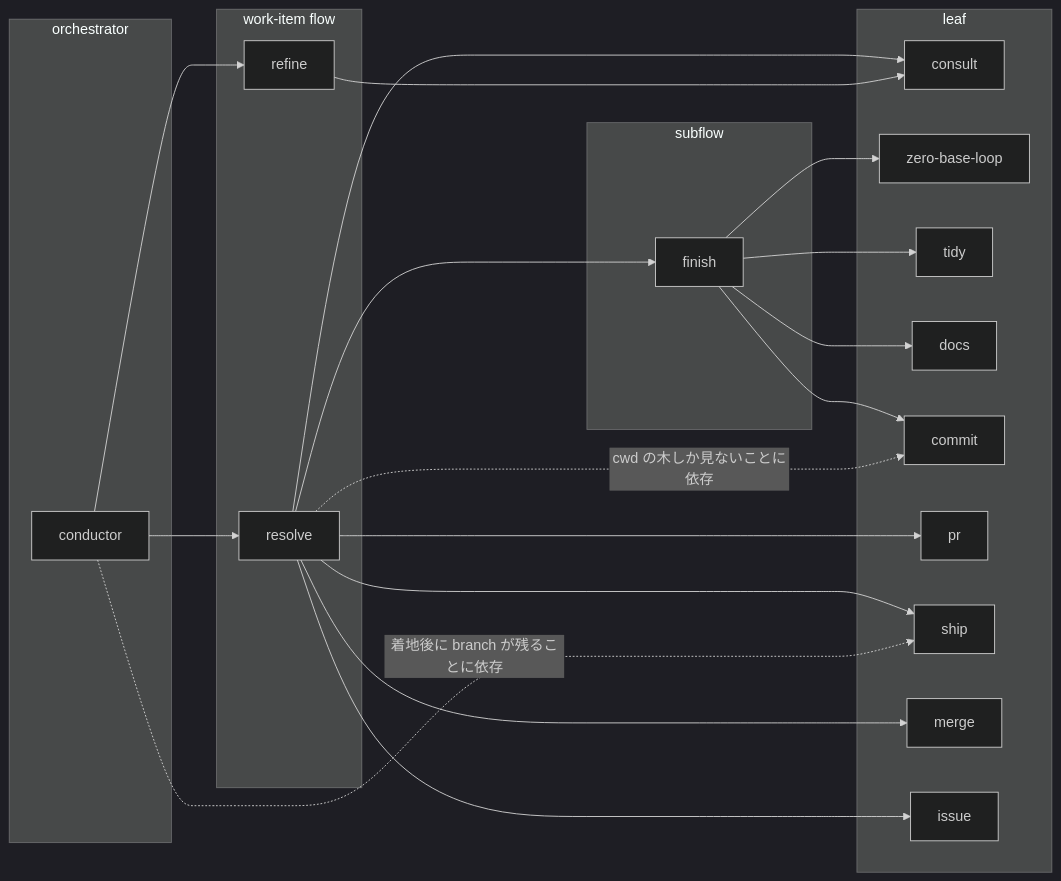
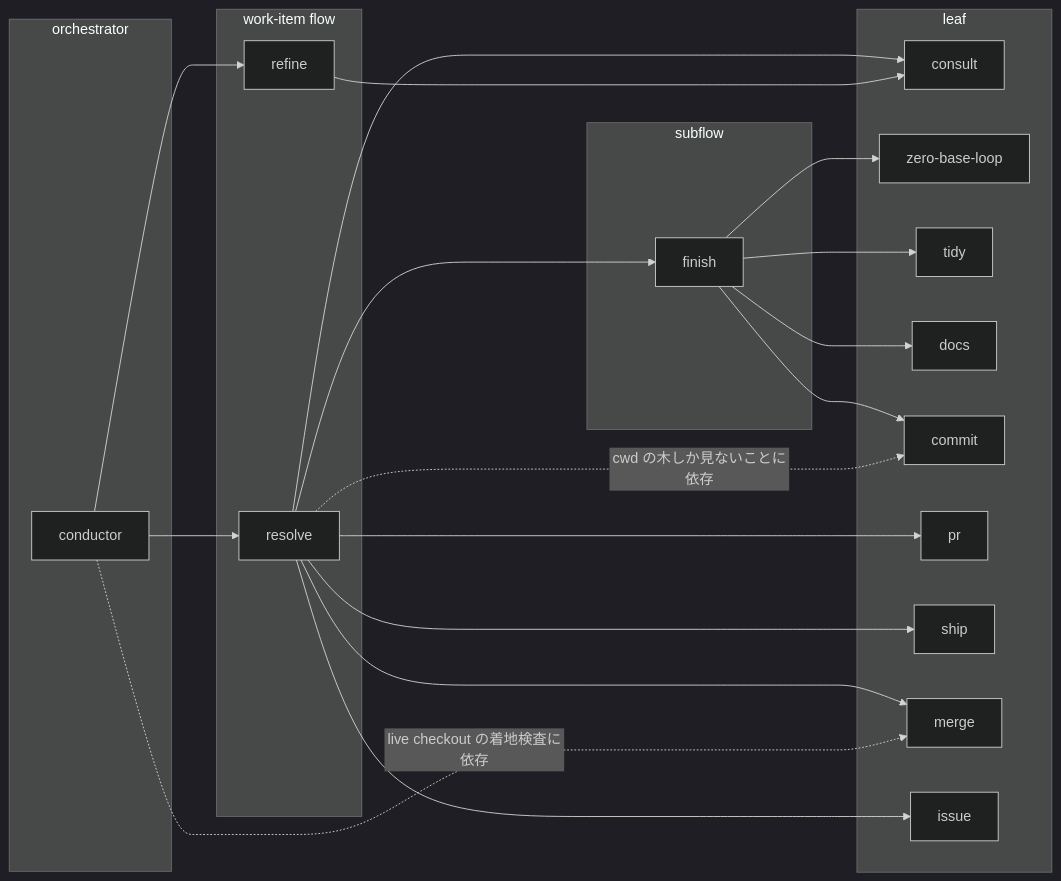
One commit to usagizmo/agentfiles changed the first of 2 diagrams in agents/docs/structure.md. Above: the diagram before and after it, drawn with Mermaid (dark theme). The commit also changed other lines of this file and 31 other files, not shown here.

````diff
--- a/agents/docs/structure.md
+++ b/agents/docs/structure.md
@@ -25,40 +25,40 @@
 ```mermaid
 flowchart LR
     subgraph orch[orchestrator]
         CO[conductor]
     end
     subgraph flow["work-item flow"]
         RF[refine]
         RS[resolve]
     end
     subgraph sub[subflow]
         FI[finish]
     end
     subgraph leaf[leaf]
         CS[consult]
         ZB[zero-base-loop]
         TD[tidy]
         DC[docs]
         CM[commit]
         PR[pr]
         SH[ship]
         ME[merge]
         IS[issue]
     end
 
     CO --> RF
     CO --> RS
-    CO -.->|着地後に branch が残ることに依存| SH
+    CO -.->|live checkout の着地検査に依存| ME
     RS -.->|cwd の木しか見ないことに依存| CM
     RF --> CS
     RS --> CS
     RS --> FI
     RS --> IS
     RS --> PR
     RS --> SH
     RS --> ME
     FI --> ZB
     FI --> TD
     FI --> DC
     FI --> CM
 ```
````
